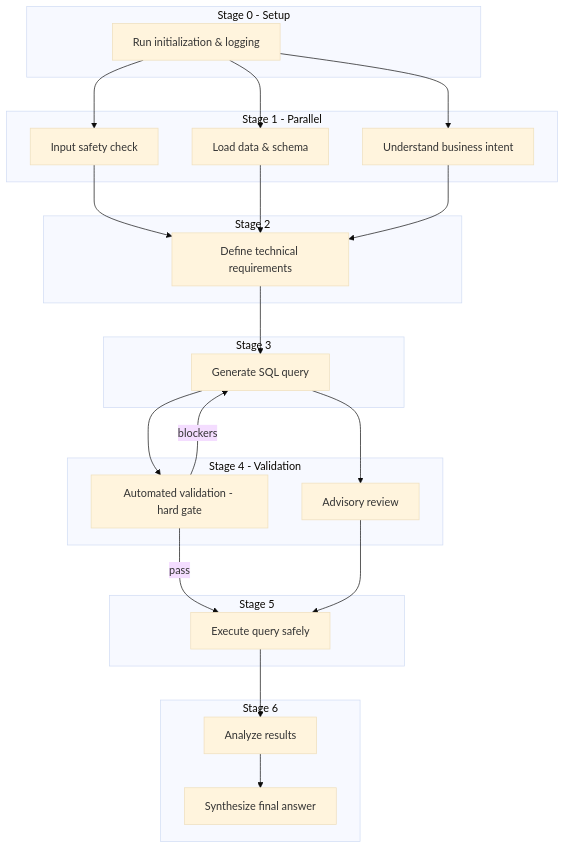
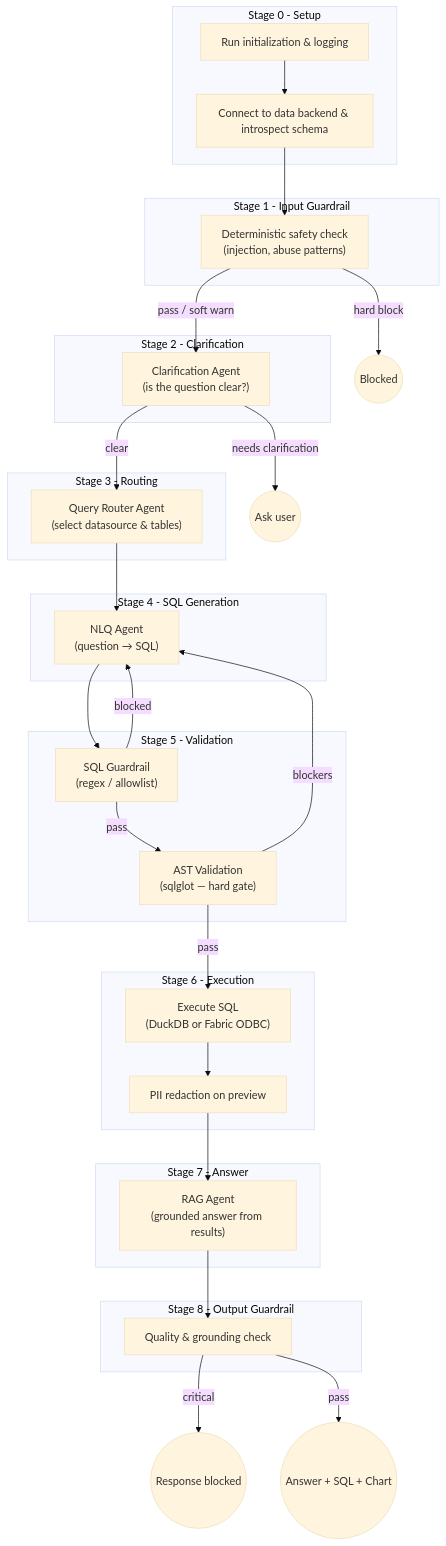
One commit to Jasonhadzi/text-to-sql-agent changed the diagram in docs/architecture-flow.mmd. Above: the diagram before and after it, drawn with Mermaid (base theme). The commit also changed 2 other files, not shown here.

Commit message:
Update architecture docs to match the current implementation flow.
Refresh the stakeholder architecture overview and regenerate the flow SVG from Mermaid so documentation reflects the live orchestrator stages, guardrails, and backend execution paths.

Made-with: Cursor

```diff
--- a/docs/architecture-flow.mmd
+++ b/docs/architecture-flow.mmd
@@ -1,41 +1,49 @@
 flowchart TD
     subgraph stage0 [Stage 0 - Setup]
         RunInit["Run initialization & logging"]
+        Schema["Connect to data backend & introspect schema"]
     end
-    subgraph stage1 [Stage 1 - Parallel]
-        Safety["Input safety check"]
-        Schema["Load data & schema"]
-        BizCtx["Understand business intent"]
+    subgraph stage1 [Stage 1 - Input Guardrail]
+        Safety["Deterministic safety check\n(injection, abuse patterns)"]
     end
-    subgraph stage2 [Stage 2]
-        TechSpec["Define technical requirements"]
+    subgraph stage2 [Stage 2 - Clarification]
+        Clarity["Clarification Agent\n(is the question clear?)"]
     end
-    subgraph stage3 [Stage 3]
-        SQLWriter["Generate SQL query"]
+    subgraph stage3 [Stage 3 - Routing]
+        Router["Query Router Agent\n(select datasource & tables)"]
     end
-    subgraph stage4 [Stage 4 - Validation]
-        DetVal["Automated validation - hard gate"]
-        LLMEval["Advisory review"]
+    subgraph stage4 [Stage 4 - SQL Generation]
+        NLQ["NLQ Agent\n(question → SQL)"]
     end
-    subgraph stage5 [Stage 5]
-        Exec["Execute query safely"]
+    subgraph stage5 [Stage 5 - Validation]
+        RegexGuard["SQL Guardrail\n(regex / allowlist)"]
+        ASTVal["AST Validation\n(sqlglot — hard gate)"]
     end
-    subgraph stage6 [Stage 6]
-        Analysis["Analyze results"]
-        Synthesis["Synthesize final answer"]
+    subgraph stage6 [Stage 6 - Execution]
+        Exec["Execute SQL\n(DuckDB or Fabric ODBC)"]
+        Redact["PII redaction on preview"]
+    end
+    subgraph stage7 [Stage 7 - Answer]
+        RAG["RAG Agent\n(grounded answer from results)"]
+    end
+    subgraph stage8 [Stage 8 - Output Guardrail]
+        OutGuard["Quality & grounding check"]
     end
 
-    RunInit --> Safety
     RunInit --> Schema
-    RunInit --> BizCtx
-    Safety --> TechSpec
-    Schema --> TechSpec
-    BizCtx --> TechSpec
-    TechSpec --> SQLWriter
-    SQLWriter --> DetVal
-    SQLWriter --> LLMEval
-    DetVal -->|blockers| SQLWriter
-    DetVal -->|pass| Exec
-    LLMEval --> Exec
-    Exec --> Analysis
-    Analysis --> Synthesis
+    Schema --> Safety
+    Safety -->|hard block| Stop(("Blocked"))
+    Safety -->|pass / soft warn| Clarity
+    Clarity -->|needs clarification| ClarifyUser(("Ask user"))
+    Clarity -->|clear| Router
+    Router --> NLQ
+    NLQ --> RegexGuard
+    RegexGuard -->|blocked| NLQ
+    RegexGuard -->|pass| ASTVal
+    ASTVal -->|blockers| NLQ
+    ASTVal -->|pass| Exec
+    Exec --> Redact
+    Redact --> RAG
+    RAG --> OutGuard
+    OutGuard -->|critical| Rejected(("Response blocked"))
+    OutGuard -->|pass| FinalAnswer(("Answer + SQL + Chart"))
```
